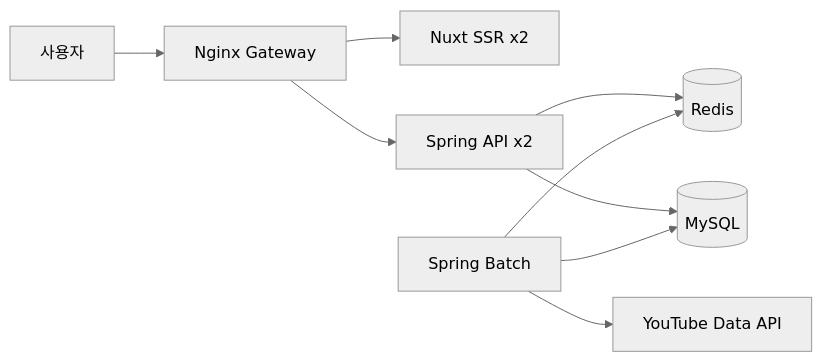
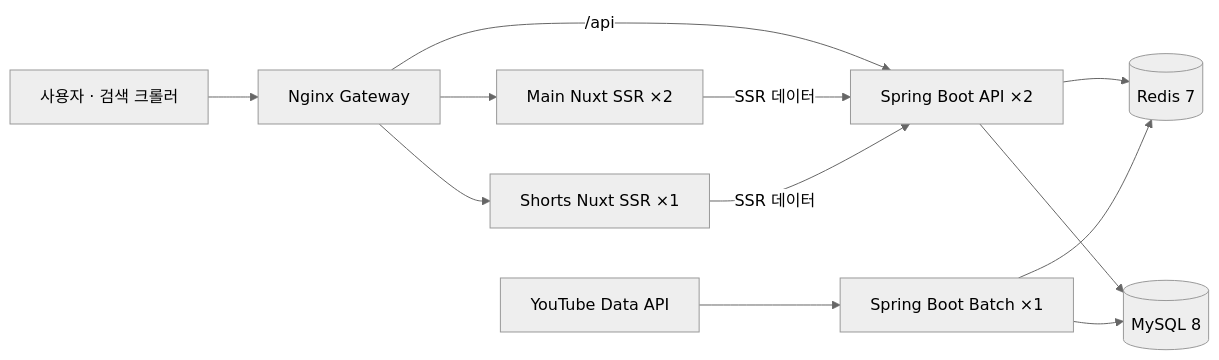
One commit to dakcoh/tubeten changed the first of 3 diagrams in README.md. Above: the diagram before and after it, drawn with Mermaid (neutral theme). The commit also changed other lines of this file, not shown here.

````diff
--- a/README.md
+++ b/README.md
@@ -44,11 +38,14 @@
 ```mermaid
 flowchart LR
-    User[사용자] --> Gateway[Nginx Gateway]
-    Gateway --> Nuxt[Nuxt SSR x2]
-    Gateway --> API[Spring API x2]
-    API --> Redis[(Redis)]
-    API --> MySQL[(MySQL)]
-    Batch[Spring Batch] --> YouTube[YouTube Data API]
+    User["사용자 · 검색 크롤러"] --> Gateway["Nginx Gateway"]
+    Gateway --> Main["Main Nuxt SSR ×2"]
+    Gateway --> Shorts["Shorts Nuxt SSR ×1"]
+    Gateway -- "/api" --> API["Spring Boot API ×2"]
+    Main -- "SSR 데이터" --> API
+    Shorts -- "SSR 데이터" --> API
+    API --> Redis[(Redis 7)]
+    API --> MySQL[(MySQL 8)]
+    YouTube["YouTube Data API"] --> Batch["Spring Boot Batch ×1"]
     Batch --> MySQL
     Batch --> Redis
 ```
````
